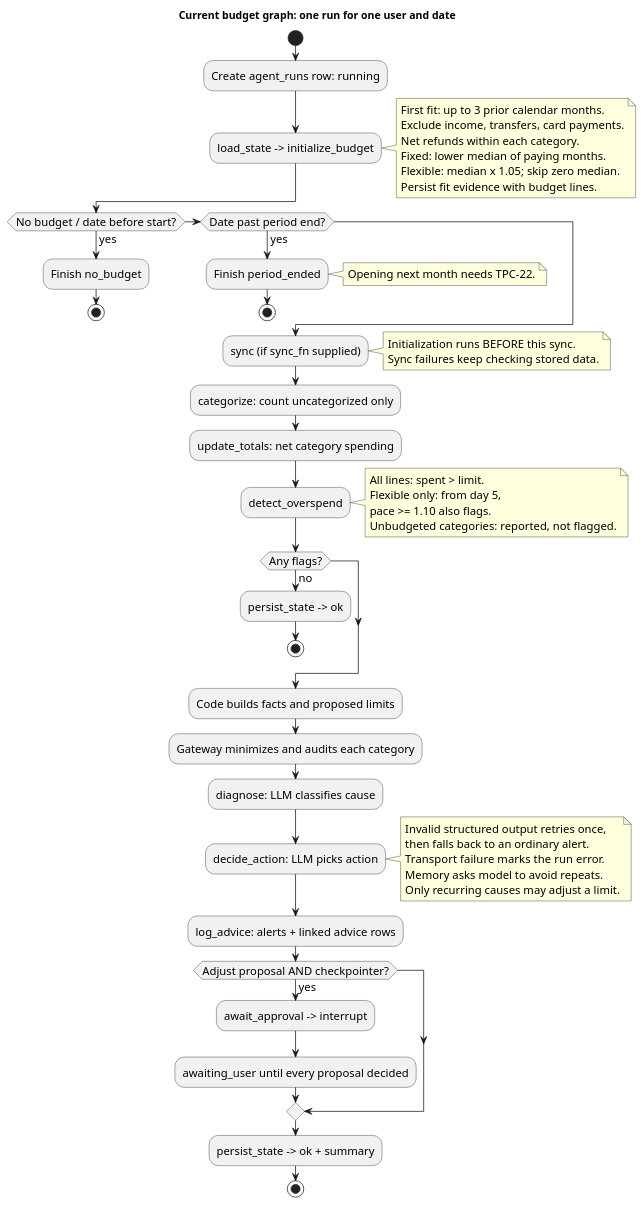
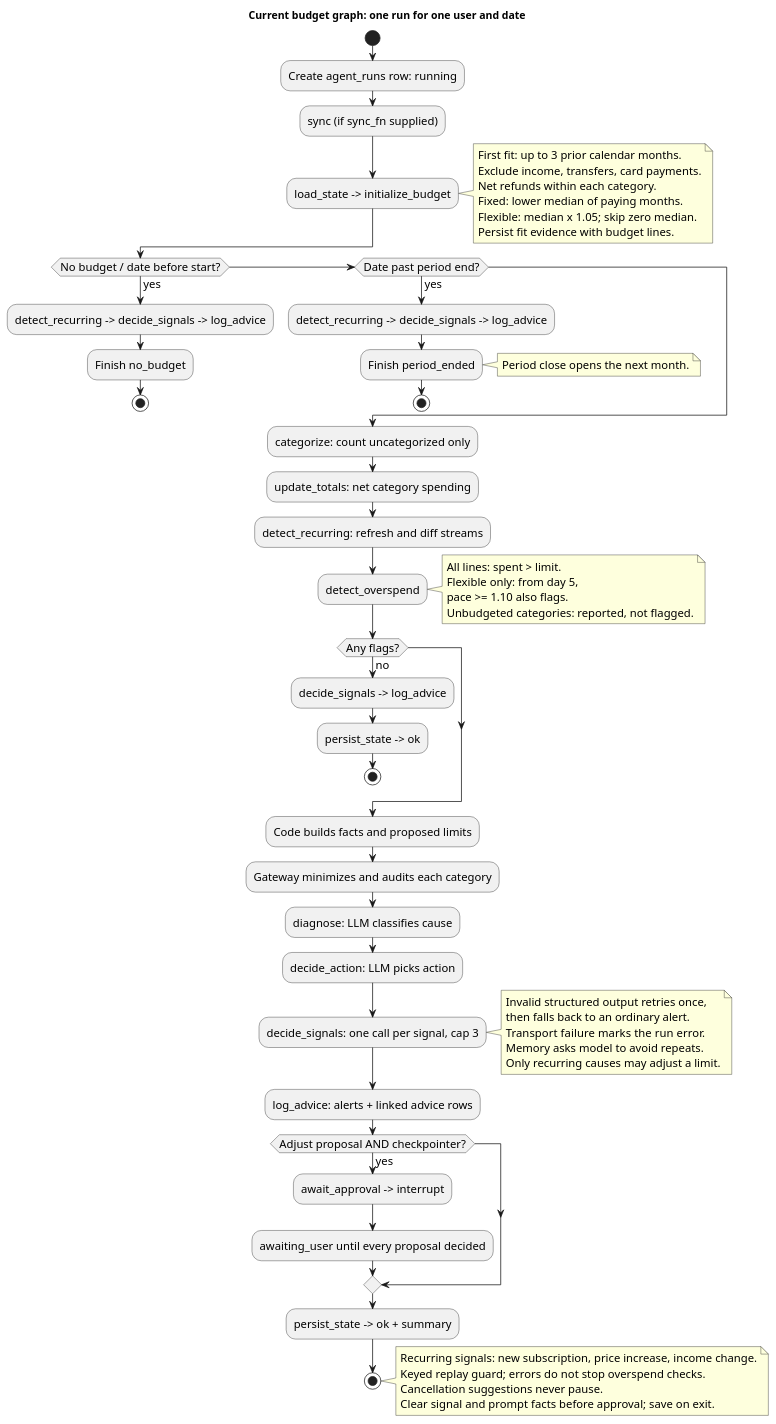
The diagram in docs/diagrams/budget-agent-loop.puml (Del0m/Agentic-Financial-Dashboard), drawn with PlantUML before and after one commit. The commit also changed 19 other files, not shown here.

Commit message:
docs(TPC-33): recurring streams end to end, docs and manual verification

```diff
--- a/docs/diagrams/budget-agent-loop.puml
+++ b/docs/diagrams/budget-agent-loop.puml
@@ -1,61 +1,68 @@
 @startuml
 title Current budget graph: one run for one user and date
 skinparam shadowing false
 skinparam defaultFontName SansSerif
 skinparam defaultFontSize 15
 start
 :Create agent_runs row: running;
+:sync (if sync_fn supplied);
 :load_state -> initialize_budget;
 note right
 First fit: up to 3 prior calendar months.
 Exclude income, transfers, card payments.
 Net refunds within each category.
 Fixed: lower median of paying months.
 Flexible: median x 1.05; skip zero median.
 Persist fit evidence with budget lines.
 end note
 if (No budget / date before start?) then (yes)
+  :detect_recurring -> decide_signals -> log_advice;
   :Finish no_budget;
   stop
 elseif (Date past period end?) then (yes)
+  :detect_recurring -> decide_signals -> log_advice;
   :Finish period_ended;
-  note right: Opening next month needs TPC-22.
+  note right: Period close opens the next month.
   stop
 endif
-:sync (if sync_fn supplied);
-note right
-Initialization runs BEFORE this sync.
-Sync failures keep checking stored data.
-end note
 :categorize: count uncategorized only;
 :update_totals: net category spending;
+:detect_recurring: refresh and diff streams;
 :detect_overspend;
 note right
 All lines: spent > limit.
 Flexible only: from day 5,
 pace >= 1.10 also flags.
 Unbudgeted categories: reported, not flagged.
 end note
 if (Any flags?) then (no)
+  :decide_signals -> log_advice;
   :persist_state -> ok;
   stop
 endif
 :Code builds facts and proposed limits;
 :Gateway minimizes and audits each category;
 :diagnose: LLM classifies cause;
 :decide_action: LLM picks action;
+:decide_signals: one call per signal, cap 3;
 note right
 Invalid structured output retries once,
 then falls back to an ordinary alert.
 Transport failure marks the run error.
 Memory asks model to avoid repeats.
 Only recurring causes may adjust a limit.
 end note
 :log_advice: alerts + linked advice rows;
 if (Adjust proposal AND checkpointer?) then (yes)
   :await_approval -> interrupt;
   :awaiting_user until every proposal decided;
 endif
 :persist_state -> ok + summary;
 stop
+note right
+Recurring signals: new subscription, price increase, income change.
+Keyed replay guard; errors do not stop overspend checks.
+Cancellation suggestions never pause.
+Clear signal and prompt facts before approval; save on exit.
+end note
 @enduml
```
